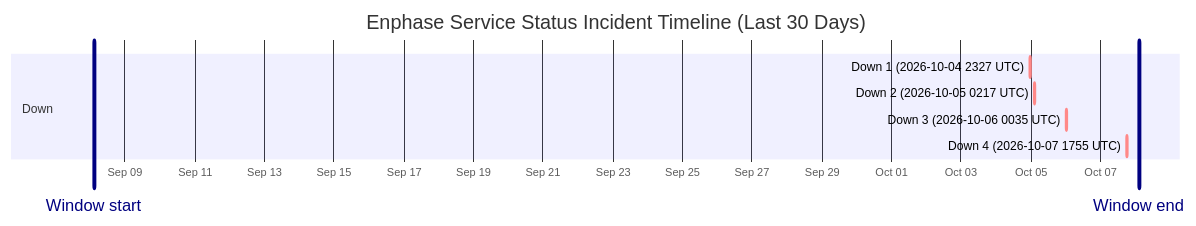
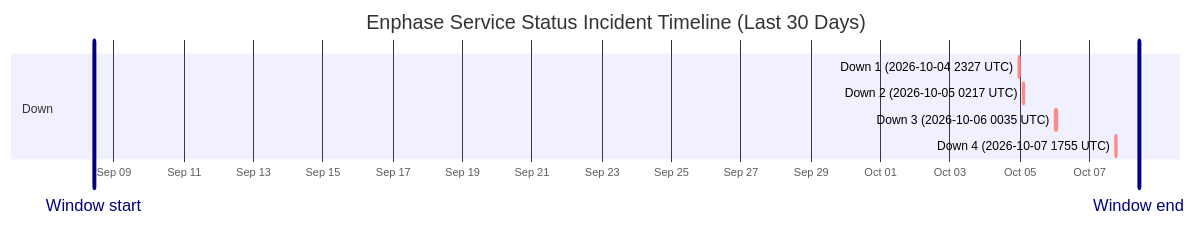
Before and after one commit to barneyonline/ha-enphase-energy: the diagram in wiki/Service-Status-History.md, drawn with Mermaid. The commit also changed other lines of this file and 3 other files, not shown here.

````diff
--- a/wiki/Service-Status-History.md
+++ b/wiki/Service-Status-History.md
@@ -14,13 +14,13 @@
 ```mermaid
 gantt
     title Enphase Service Status Incident Timeline (Last 30 Days)
     dateFormat  YYYY-MM-DDTHH:mm:ss
     axisFormat  %b %d
-    Window start :vert, window-start, 2026-09-08T02:31:18, 0ms
-    Window end :vert, window-end, 2026-10-08T02:31:18, 0ms
+    Window start :vert, window-start, 2026-09-08T10:01:05, 0ms
+    Window end :vert, window-end, 2026-10-08T10:01:05, 0ms
     section Down
     Down 1 (2026-10-04 2327 UTC) :crit, down-1, 2026-10-04T23:27:34, 60m
     Down 2 (2026-10-05 0217 UTC) :crit, down-2, 2026-10-05T02:17:30, 60m
     Down 3 (2026-10-06 0035 UTC) :crit, down-3, 2026-10-06T00:35:21, 60m
     Down 4 (2026-10-07 1755 UTC) :crit, down-4, 2026-10-07T17:55:16, 60m
 ```
````
